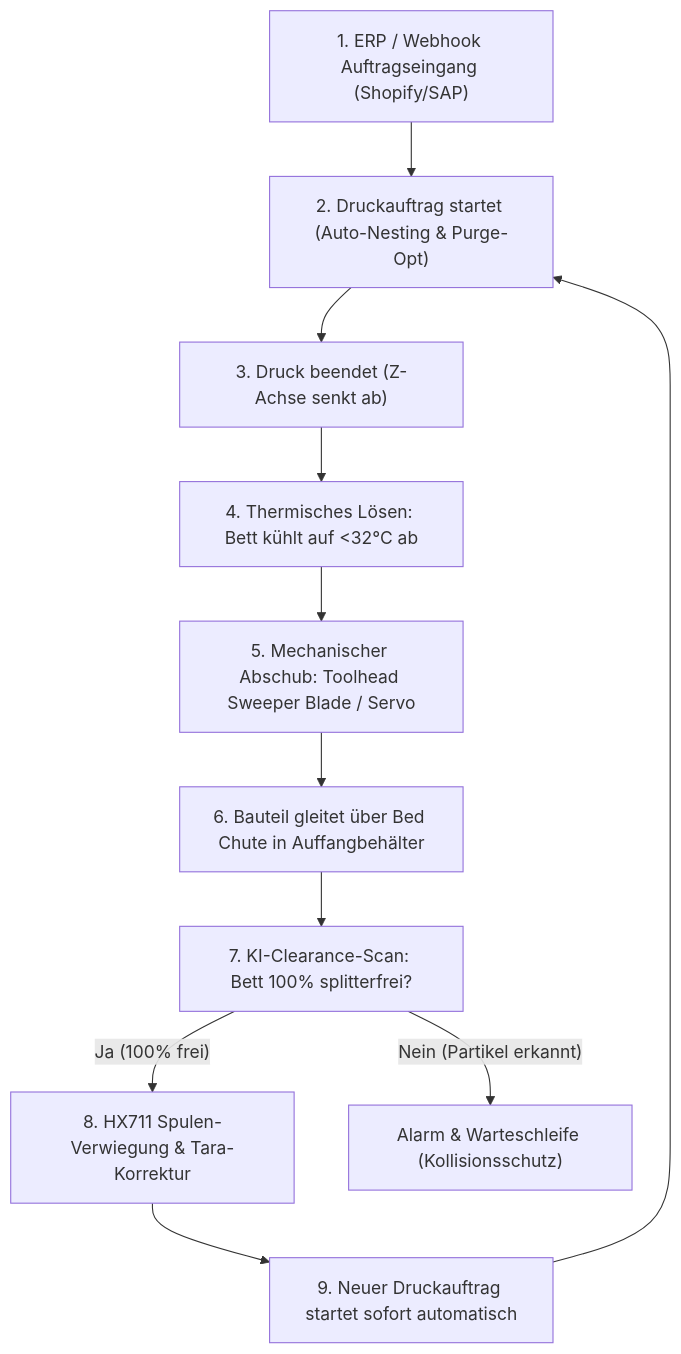
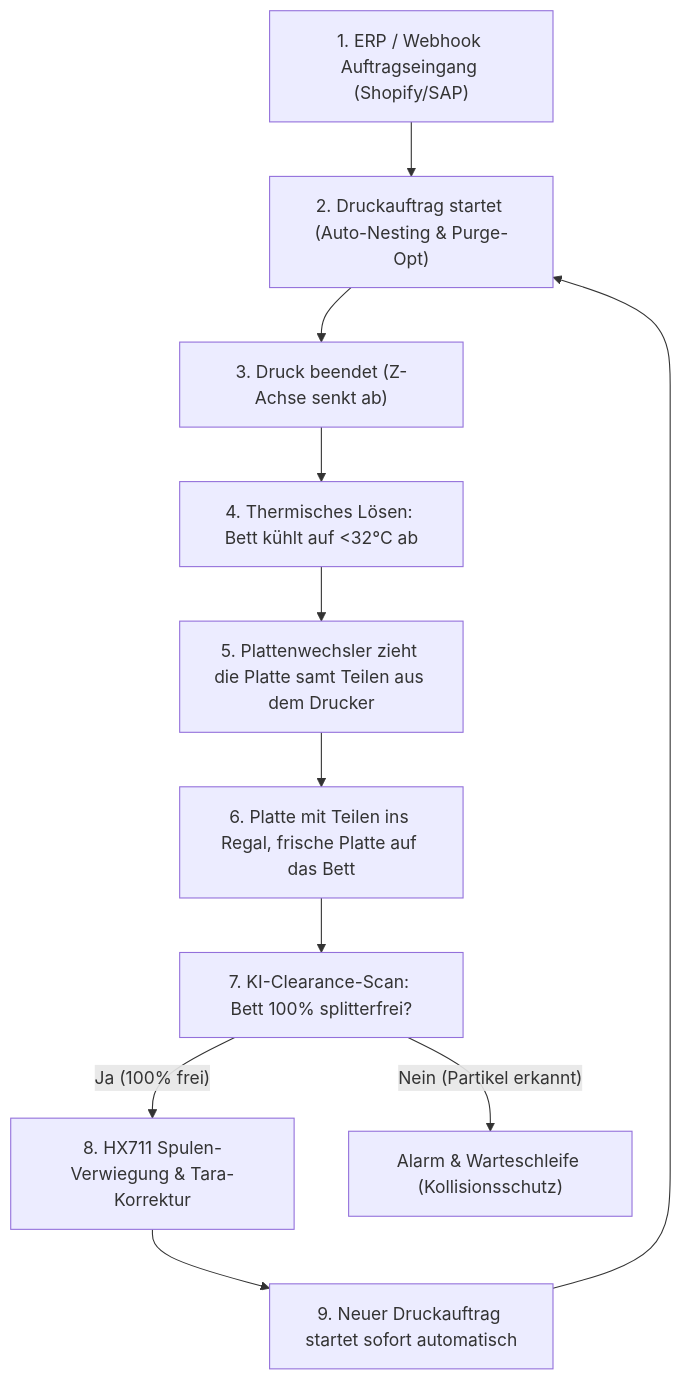
Before and after one commit to Luk1236/printlab: the diagram in werkzeuge/automation_hardware/README.md, drawn with Mermaid. The commit also changed other lines of this file and 9 other files, not shown here.

First line of the commit message:
Plattenwechsler ausgearbeitet: Teile bleiben auf der Platte, Bauplan mit 4 Baugruppen

````diff
--- a/werkzeuge/automation_hardware/README.md
+++ b/werkzeuge/automation_hardware/README.md
@@ -26,13 +26,13 @@
 ```mermaid
 flowchart TD
     A["1. ERP / Webhook Auftragseingang (Shopify/SAP)"] --> B["2. Druckauftrag startet (Auto-Nesting & Purge-Opt)"]
     B --> C["3. Druck beendet (Z-Achse senkt ab)"]
     C --> D["4. Thermisches Lösen: Bett kühlt auf <32°C ab"]
-    D --> E["5. Mechanischer Abschub: Toolhead Sweeper Blade / Servo"]
-    E --> F["6. Bauteil gleitet über Bed Chute in Auffangbehälter"]
+    D --> E["5. Plattenwechsler zieht die Platte samt Teilen aus dem Drucker"]
+    E --> F["6. Platte mit Teilen ins Regal, frische Platte auf das Bett"]
     F --> G["7. KI-Clearance-Scan: Bett 100% splitterfrei?"]
     G -- "Ja (100% frei)" --> H["8. HX711 Spulen-Verwiegung & Tara-Korrektur"]
     G -- "Nein (Partikel erkannt)" --> I["Alarm & Warteschleife (Kollisionsschutz)"]
     H --> J["9. Neuer Druckauftrag startet sofort automatisch"]
     J --> B
 ```
````
